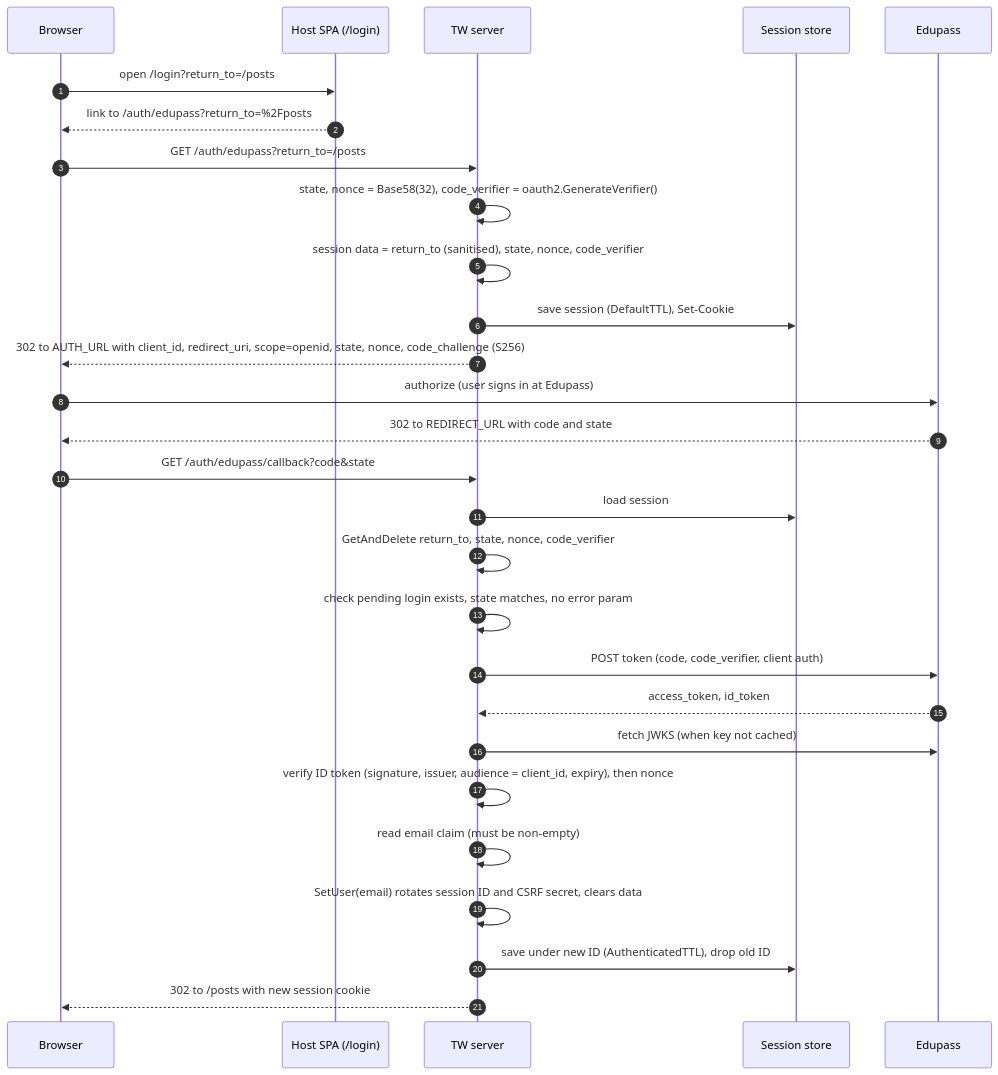
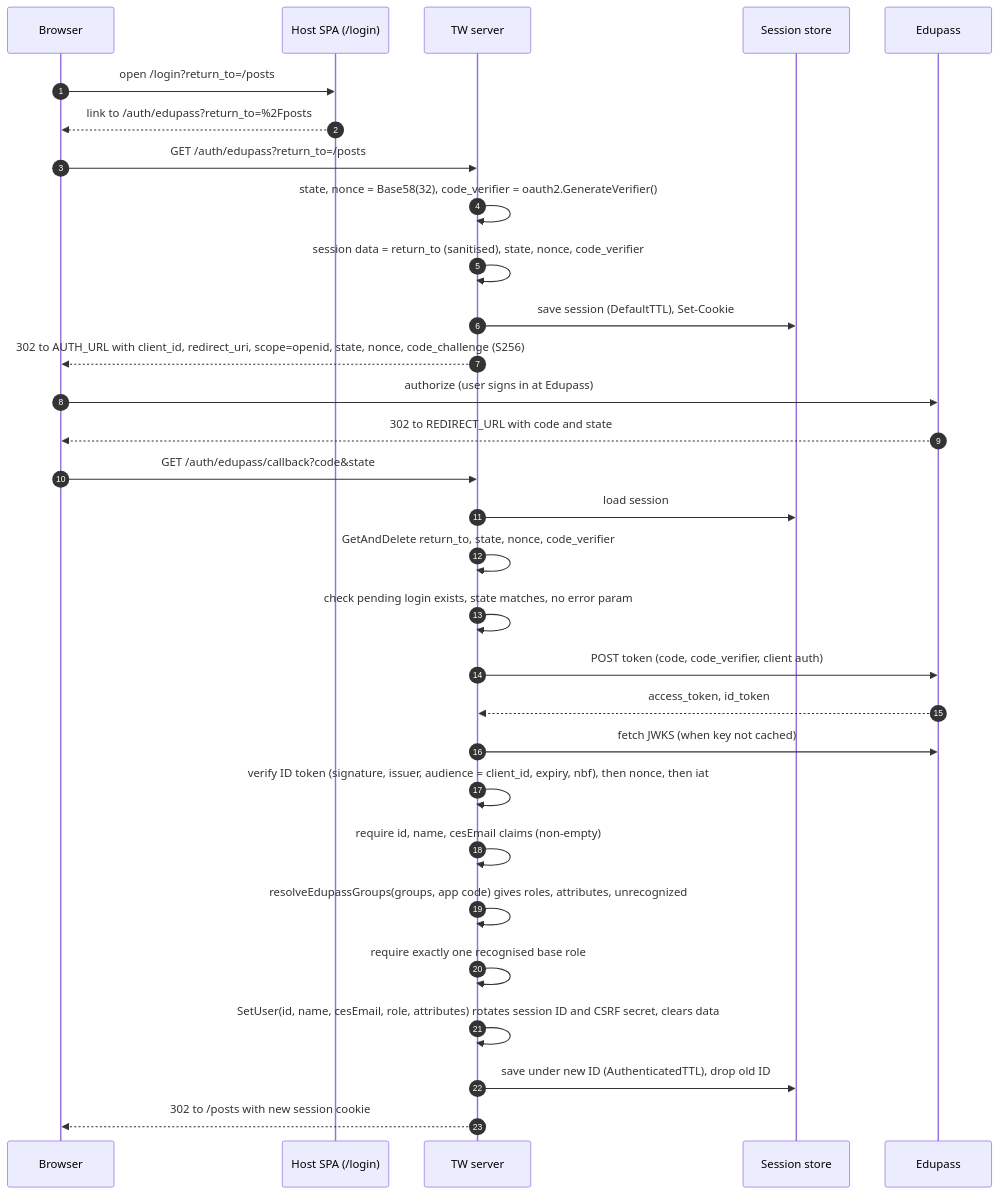
Before and after one commit to fatin-suhaimi/teacher-workspace: the first of 3 diagrams in docs/engineering-onboarding/workflows/edupass-sign-in.md, drawn with Mermaid. The commit also changed other lines of this file and 25 other files, not shown here.

````diff
--- a/docs/engineering-onboarding/workflows/edupass-sign-in.md
+++ b/docs/engineering-onboarding/workflows/edupass-sign-in.md
@@ -26,31 +26,33 @@
 ```mermaid
 sequenceDiagram
     autonumber
     participant B as Browser
     participant SPA as Host SPA (/login)
     participant TW as TW server
     participant S as Session store
     participant E as Edupass
 
     B->>SPA: open /login?return_to=/posts
     SPA-->>B: link to /auth/edupass?return_to=%2Fposts
     B->>TW: GET /auth/edupass?return_to=/posts
     TW->>TW: state, nonce = Base58(32), code_verifier = oauth2.GenerateVerifier()
     TW->>TW: session data = return_to (sanitised), state, nonce, code_verifier
     TW->>S: save session (DefaultTTL), Set-Cookie
     TW-->>B: 302 to AUTH_URL with client_id, redirect_uri, scope=openid, state, nonce, code_challenge (S256)
     B->>E: authorize (user signs in at Edupass)
     E-->>B: 302 to REDIRECT_URL with code and state
     B->>TW: GET /auth/edupass/callback?code&state
     TW->>S: load session
     TW->>TW: GetAndDelete return_to, state, nonce, code_verifier
     TW->>TW: check pending login exists, state matches, no error param
     TW->>E: POST token (code, code_verifier, client auth)
     E-->>TW: access_token, id_token
     TW->>E: fetch JWKS (when key not cached)
-    TW->>TW: verify ID token (signature, issuer, audience = client_id, expiry), then nonce
-    TW->>TW: read email claim (must be non-empty)
-    TW->>TW: SetUser(email) rotates session ID and CSRF secret, clears data
+    TW->>TW: verify ID token (signature, issuer, audience = client_id, expiry, nbf), then nonce, then iat
+    TW->>TW: require id, name, cesEmail claims (non-empty)
+    TW->>TW: resolveEdupassGroups(groups, app code) gives roles, attributes, unrecognized
+    TW->>TW: require exactly one recognised base role
+    TW->>TW: SetUser(id, name, cesEmail, role, attributes) rotates session ID and CSRF secret, clears data
     TW->>S: save under new ID (AuthenticatedTTL), drop old ID
     TW-->>B: 302 to /posts with new session cookie
 ```
````
